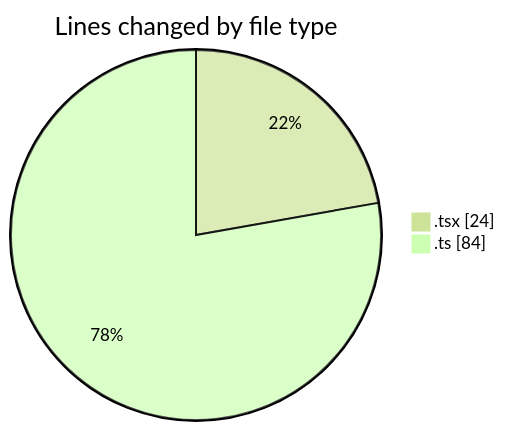
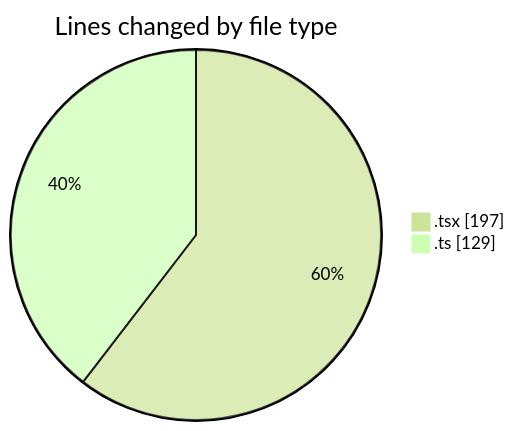
One commit to momahboobian/code-tracking changed the first of 2 diagrams in 2026-08-05/cda/README.md. Above: the diagram before and after it, drawn with Mermaid (forest theme). The commit also changed other lines of this file and 1 other file, not shown here.

````diff
--- a/2026-08-05/cda/README.md
+++ b/2026-08-05/cda/README.md
@@ -21,6 +40,6 @@
 ```mermaid
 pie showData
 title Lines changed by file type
-".tsx" : 24
-".ts" : 84
+".tsx" : 197
+".ts" : 129
 ```
````
